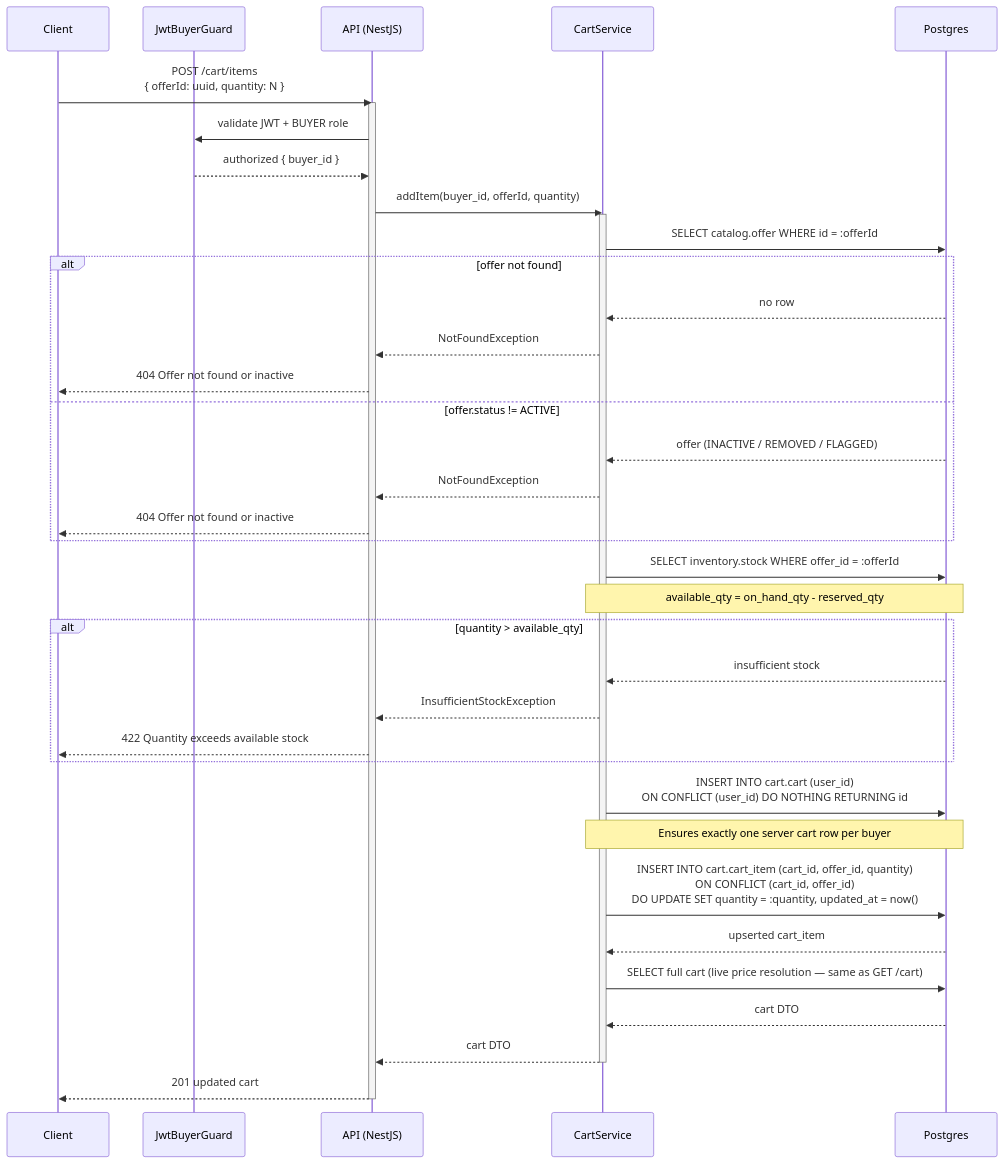
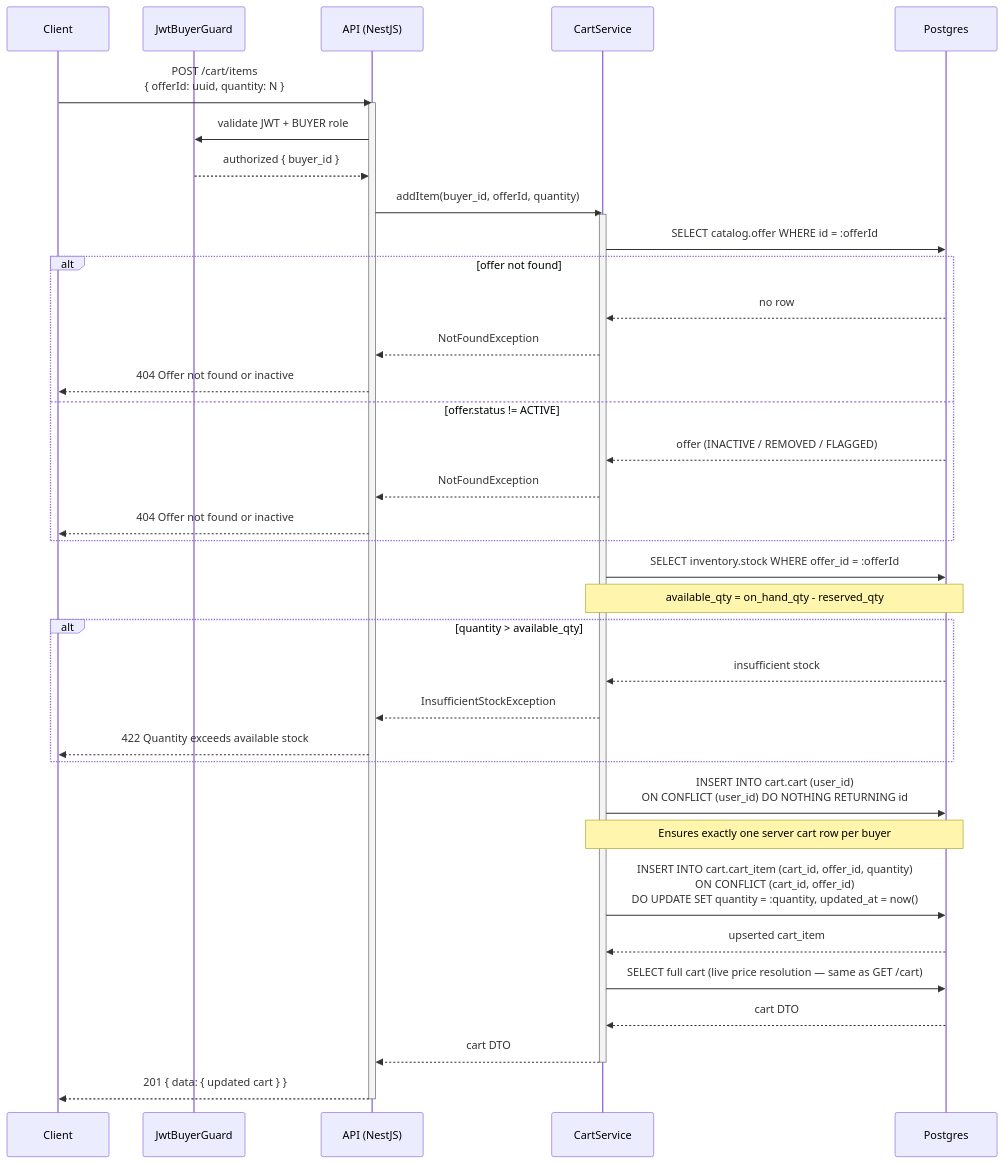
Before and after one commit to alisa-uthi/aliceut-ecom-document: the second of 6 diagrams in phase-1/technical-design/api-design/cart.md, drawn with Mermaid. The commit also changed other lines of this file and 22 other files, not shown here.

````diff
--- a/phase-1/technical-design/api-design/cart.md
+++ b/phase-1/technical-design/api-design/cart.md
@@ -120,42 +131,42 @@
 ```mermaid
 sequenceDiagram
     participant C as Client
     participant G as JwtBuyerGuard
     participant A as API (NestJS)
     participant S as CartService
     participant P as Postgres
 
     C->>A: POST /cart/items<br/>{ offerId: uuid, quantity: N }
     activate A
     A->>G: validate JWT + BUYER role
     G-->>A: authorized { buyer_id }
     A->>S: addItem(buyer_id, offerId, quantity)
     activate S
     S->>P: SELECT catalog.offer WHERE id = :offerId
     alt offer not found
         P-->>S: no row
         S-->>A: NotFoundException
         A-->>C: 404 Offer not found or inactive
     else offer.status != ACTIVE
         P-->>S: offer (INACTIVE / REMOVED / FLAGGED)
         S-->>A: NotFoundException
         A-->>C: 404 Offer not found or inactive
     end
     S->>P: SELECT inventory.stock WHERE offer_id = :offerId
     Note over S,P: available_qty = on_hand_qty - reserved_qty
     alt quantity > available_qty
         P-->>S: insufficient stock
         S-->>A: InsufficientStockException
         A-->>C: 422 Quantity exceeds available stock
     end
     S->>P: INSERT INTO cart.cart (user_id)<br/>ON CONFLICT (user_id) DO NOTHING RETURNING id
     Note over S,P: Ensures exactly one server cart row per buyer
     S->>P: INSERT INTO cart.cart_item (cart_id, offer_id, quantity)<br/>ON CONFLICT (cart_id, offer_id)<br/>DO UPDATE SET quantity = :quantity, updated_at = now()
     P-->>S: upserted cart_item
     S->>P: SELECT full cart (live price resolution — same as GET /cart)
     P-->>S: cart DTO
     S-->>A: cart DTO
     deactivate S
-    A-->>C: 201 updated cart
+    A-->>C: 201 { data: { updated cart } }
     deactivate A
 ```
````
